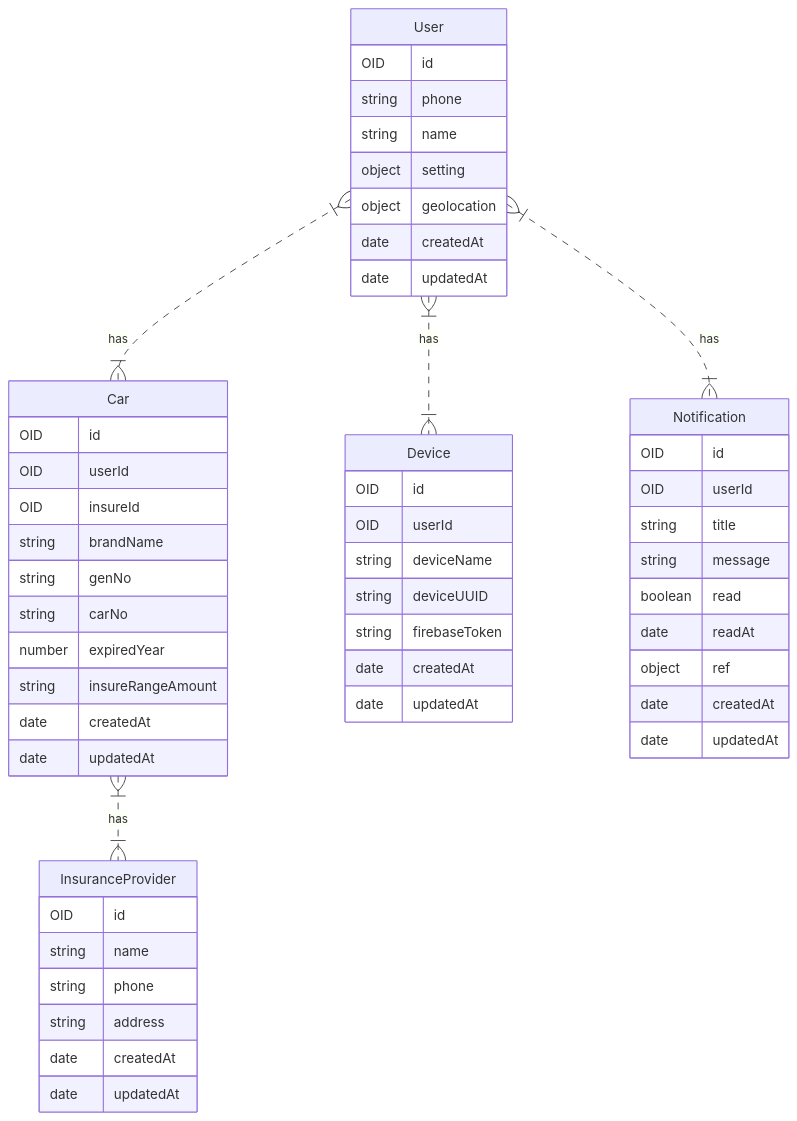
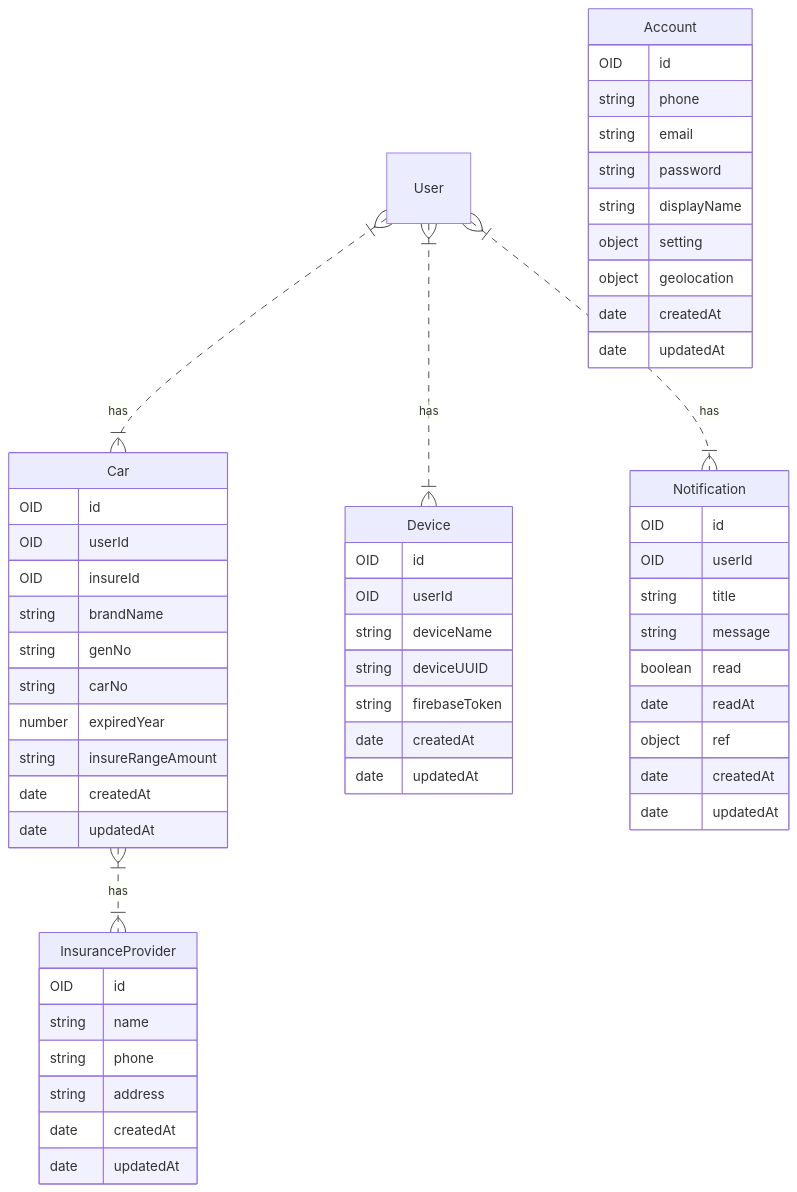
Before and after one commit to nuza555xx/madi-api: the first of 2 diagrams in README.md, drawn with Mermaid.

````diff
--- a/README.md
+++ b/README.md
@@ -22,61 +22,63 @@
 ``` mermaid
 erDiagram
     User }|..|{ Car : has
     User }|..|{ Device : has
     User }|..|{ Notification : has
     Car }|..|{ InsuranceProvider : has
-    User {
+    Account {
         OID id
         string phone
-        string name
+        string email
+        string password
+        string displayName
         object setting
         object geolocation
         date createdAt
         date updatedAt
     }
 
     Device {
         OID id
         OID userId
         string deviceName
         string deviceUUID
         string firebaseToken
         date createdAt
         date updatedAt
     }
 
     Car {
         OID id
         OID userId
         OID insureId
         string brandName
         string genNo
         string carNo
         number expiredYear
         string insureRangeAmount
         date createdAt
         date updatedAt
     }
 
     Notification {
         OID id
         OID userId
         string title
         string message
         boolean read
         date readAt
         object ref
         date createdAt
         date updatedAt
     }
 
     InsuranceProvider {
         OID id 
         string name
         string phone
         string address
         date createdAt
         date updatedAt
     }
 
 ```
````
